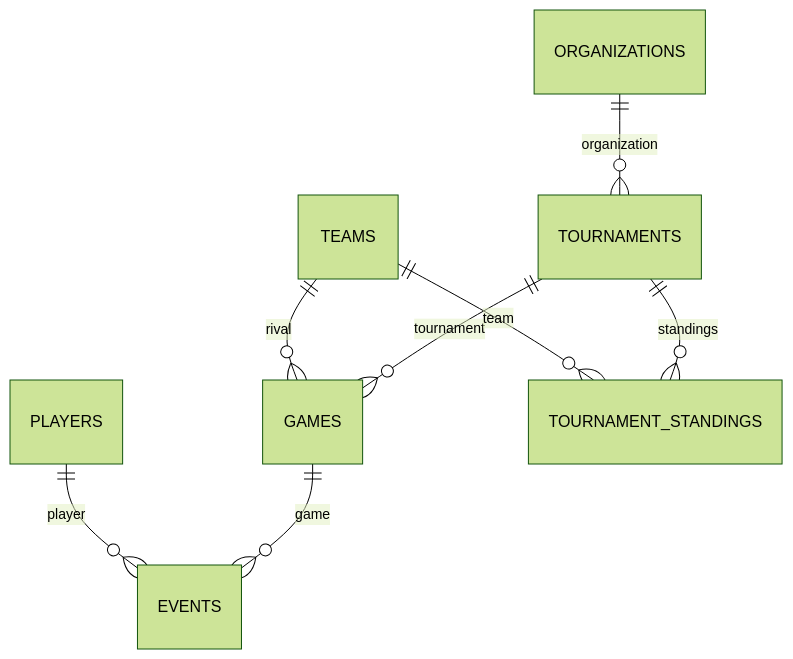
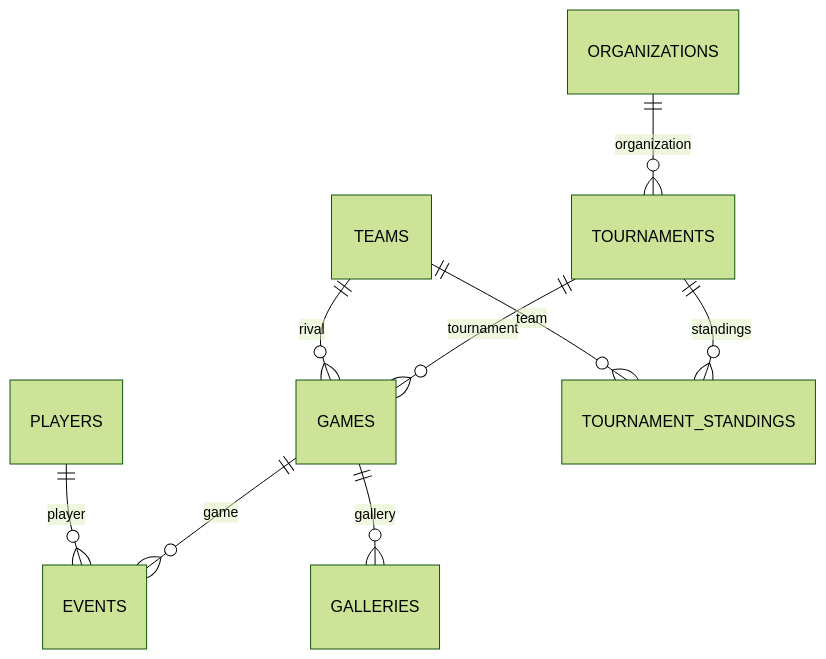
Before and after one commit to tomasbranca/MentiraFC_Page: the diagram in DATA_MODEL.md, drawn with Mermaid (forest theme). The commit also changed other lines of this file and 36 other files, not shown here.

````diff
--- a/DATA_MODEL.md
+++ b/DATA_MODEL.md
@@ -321,10 +353,11 @@
 ```mermaid
 erDiagram
   PLAYERS ||--o{ EVENTS : "player"
   GAMES ||--o{ EVENTS : "game"
+  GAMES ||--o{ GALLERIES : "gallery"
   TEAMS ||--o{ GAMES : "rival"
   TOURNAMENTS ||--o{ GAMES : "tournament"
   ORGANIZATIONS ||--o{ TOURNAMENTS : "organization"
   TEAMS ||--o{ TOURNAMENT_STANDINGS : "team"
   TOURNAMENTS ||--o{ TOURNAMENT_STANDINGS : "standings"
 ```
````
